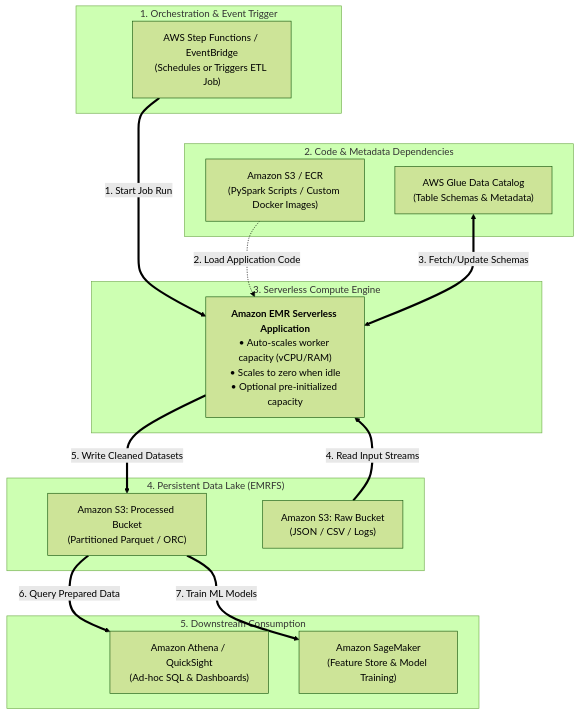
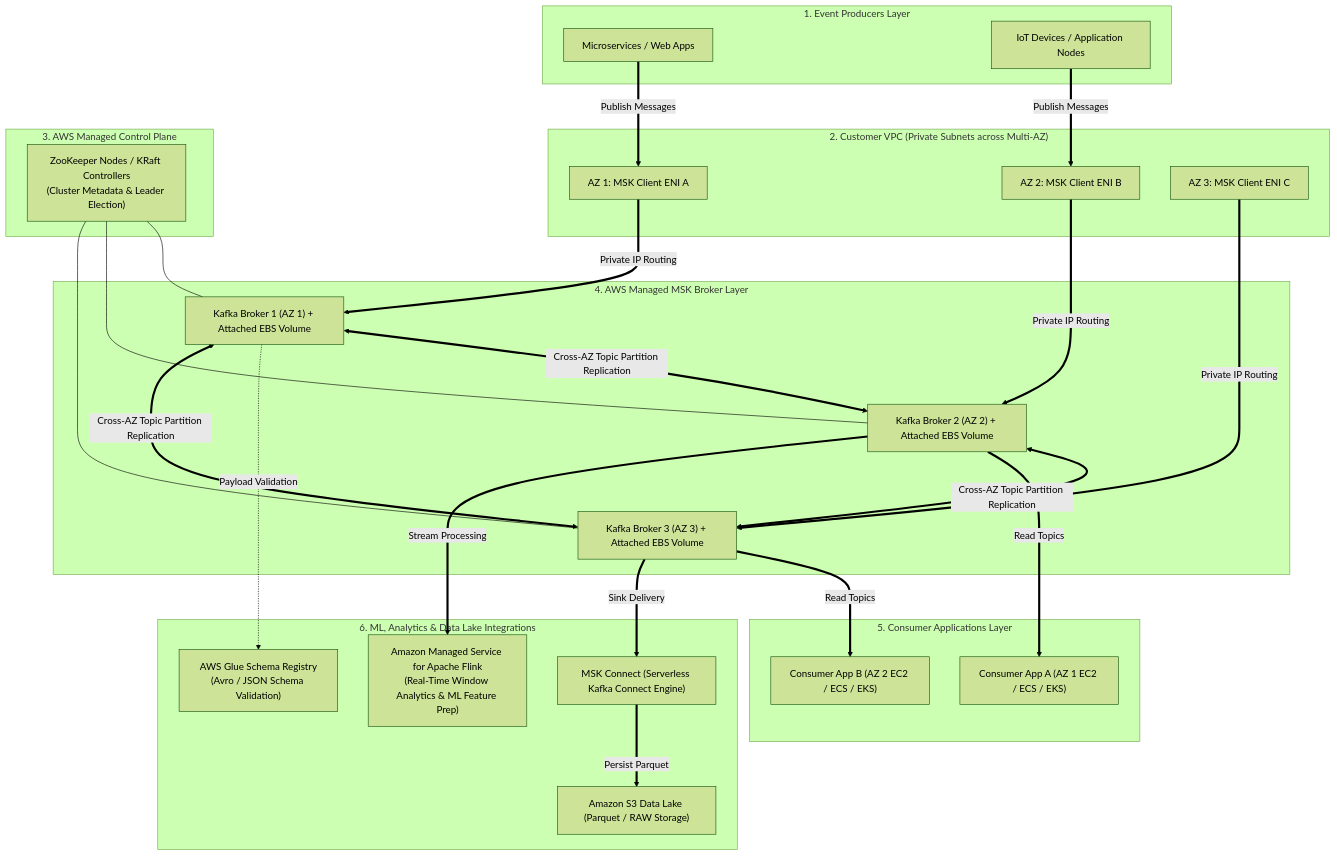
One commit to monitus2022/cert_study_notes changed the diagram in docs/aws_MLA_C01/study_notes/udemy/1.4.md. Above: the diagram before and after it, drawn with Mermaid (forest theme). The commit also changed other lines of this file and 4 other files, not shown here.

````diff
--- a/docs/aws_MLA_C01/study_notes/udemy/1.4.md
+++ b/docs/aws_MLA_C01/study_notes/udemy/1.4.md
@@ -73,39 +81,67 @@
 ```mermaid
 graph TD
-    subgraph S1 ["1. Orchestration & Event Trigger"]
-        Trigger["AWS Step Functions / EventBridge<br/>(Schedules or Triggers ETL Job)"]
+    %% 1. Event Producers
+    subgraph Producers ["1. Event Producers Layer"]
+        P1["Microservices / Web Apps"]
+        P2["IoT Devices / Application Nodes"]
     end
 
-    subgraph S2 ["2. Code & Metadata Dependencies"]
-        ECR_S3["Amazon S3 / ECR<br/>(PySpark Scripts / Custom Docker Images)"]
-        Catalog["AWS Glue Data Catalog<br/>(Table Schemas & Metadata)"]
+    %% 2. Customer VPC Subnets
+    subgraph Customer_VPC ["2. Customer VPC (Private Subnets across Multi-AZ)"]
+        ENI_A["AZ 1: MSK Client ENI A"]
+        ENI_B["AZ 2: MSK Client ENI B"]
+        ENI_C["AZ 3: MSK Client ENI C"]
     end
 
-    subgraph S3 ["3. Serverless Compute Engine"]
-        EMR_S["<b>Amazon EMR Serverless Application</b><br/>• Auto-scales worker capacity (vCPU/RAM)<br/>• Scales to zero when idle<br/>• Optional pre-initialized capacity"]
+    %% 3. Control Plane
+    subgraph Control_Plane ["3. AWS Managed Control Plane"]
+        ZK["ZooKeeper Nodes / KRaft Controllers<br/>(Cluster Metadata & Leader Election)"]
     end
 
-    subgraph S4 ["4. Persistent Data Lake (EMRFS)"]
-        S3_Raw["Amazon S3: Raw Bucket<br/>(JSON / CSV / Logs)"]
-        S3_Processed["Amazon S3: Processed Bucket<br/>(Partitioned Parquet / ORC)"]
+    %% 4. Managed MSK Cluster (Brokers)
+    subgraph MSK_Cluster ["4. AWS Managed MSK Broker Layer"]
+        B1["Kafka Broker 1 (AZ 1) + Attached EBS Volume"]
+        B2["Kafka Broker 2 (AZ 2) + Attached EBS Volume"]
+        B3["Kafka Broker 3 (AZ 3) + Attached EBS Volume"]
     end
 
-    subgraph S5 ["5. Downstream Consumption"]
-        Athena["Amazon Athena / QuickSight<br/>(Ad-hoc SQL & Dashboards)"]
-        SageMaker["Amazon SageMaker<br/>(Feature Store & Model Training)"]
+    %% 5. Consumer Layer
+    subgraph Consumers ["5. Consumer Applications Layer"]
+        C2["Consumer App A (AZ 1 EC2 / ECS / EKS)"]
+        C3["Consumer App B (AZ 2 EC2 / ECS / EKS)"]
     end
 
-    %% Pipeline Flow Connections
-    Trigger ==>|"1. Start Job Run"| EMR_S
-    ECR_S3 -.->|"2. Load Application Code"| EMR_S
-    Catalog <==>|"3. Fetch/Update Schemas"| EMR_S
-    S3_Raw ==>|"4. Read Input Streams"| EMR_S
-    EMR_S ==>|"5. Write Cleaned Datasets"| S3_Processed
-    S3_Processed ==>|"6. Query Prepared Data"| Athena
-    S3_Processed ==>|"7. Train ML Models"| SageMaker
+    %% 6. ML & Analytics Integrations
+    subgraph Integrations ["6. ML, Analytics & Data Lake Integrations"]
+        Flink["Amazon Managed Service for Apache Flink<br/>(Real-Time Window Analytics & ML Feature Prep)"]
+        MSKConnect["MSK Connect (Serverless Kafka Connect Engine)"]
+        S3["Amazon S3 Data Lake (Parquet / RAW Storage)"]
+        GlueSR["AWS Glue Schema Registry<br/>(Avro / JSON Schema Validation)"]
+    end
 
-    Trigger ~~~ ECR_S3
-    ECR_S3 ~~~ EMR_S
-    EMR_S ~~~ S3_Raw
-    S3_Raw ~~~ Athena    
+    %% Top-to-Bottom Flow Relationships
+    P1 ==>|"Publish Messages"| ENI_A
+    P2 ==>|"Publish Messages"| ENI_B
+
+    ENI_A ==>|"Private IP Routing"| B1
+    ENI_B ==>|"Private IP Routing"| B2
+    ENI_C ==>|"Private IP Routing"| B3
+
+    ZK --- B1
+    ZK --- B2
+    ZK --- B3
+
+    B1 <==>|"Cross-AZ Topic Partition Replication"| B2
+    B2 <==>|"Cross-AZ Topic Partition Replication"| B3
+    B3 <==>|"Cross-AZ Topic Partition Replication"| B1
+
+
+    B2 ==>|"Read Topics"| C2
+    B3 ==>|"Read Topics"| C3
+
+    B2 ==>|"Stream Processing"| Flink
+    B3 ==>|"Sink Delivery"| MSKConnect
+    MSKConnect ==>|"Persist Parquet"| S3
+
+    B1 -.->|"Payload Validation"| GlueSR
 ```
````
